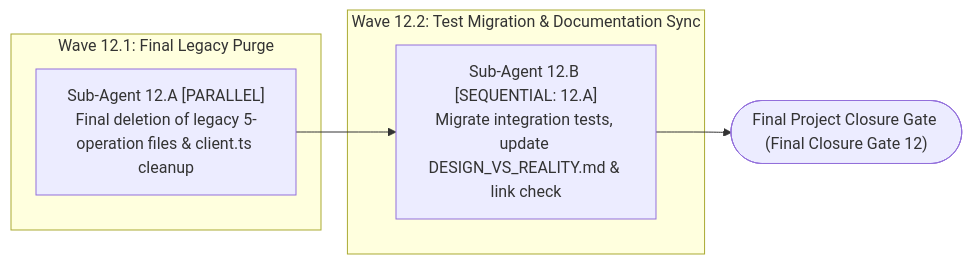
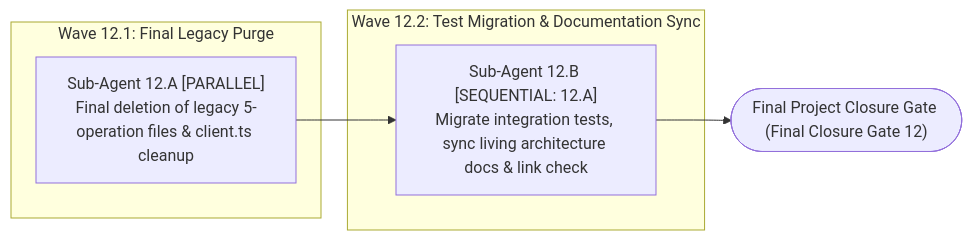
One commit to Abdullah931-stack/ELIXENT changed diagram 13 of 13 in docs/Plans/ELIXENT_EXECUTION_PLAN.md. Above: the diagram before and after it, drawn with Mermaid. The commit also changed other lines of this file and 7 other files, not shown here.

````diff
--- a/docs/Plans/ELIXENT_EXECUTION_PLAN.md
+++ b/docs/Plans/ELIXENT_EXECUTION_PLAN.md
@@ -1139,12 +1139,12 @@
 ```mermaid
 flowchart LR
     subgraph Wave_12_1 ["Wave 12.1: Final Legacy Purge"]
         SA_12A["Sub-Agent 12.A [PARALLEL]<br/>Final deletion of legacy 5-operation files & client.ts cleanup"]
     end
     subgraph Wave_12_2 ["Wave 12.2: Test Migration & Documentation Sync"]
-        SA_12B["Sub-Agent 12.B [SEQUENTIAL: 12.A]<br/>Migrate integration tests, update DESIGN_VS_REALITY.md & link check"]
+        SA_12B["Sub-Agent 12.B [SEQUENTIAL: 12.A]<br/>Migrate integration tests, sync living architecture docs & link check"]
     end
     Gate_12(["Final Project Closure Gate (Final Closure Gate 12)"])
 
     SA_12A --> SA_12B --> Gate_12
 ```
````
